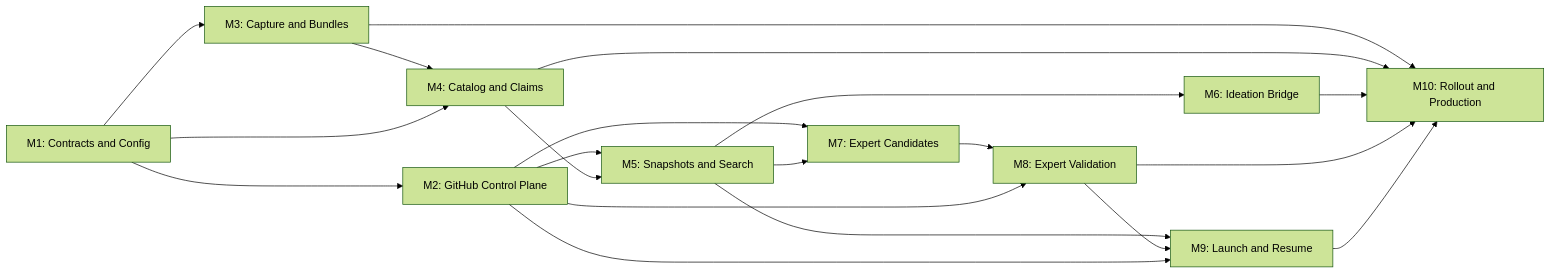
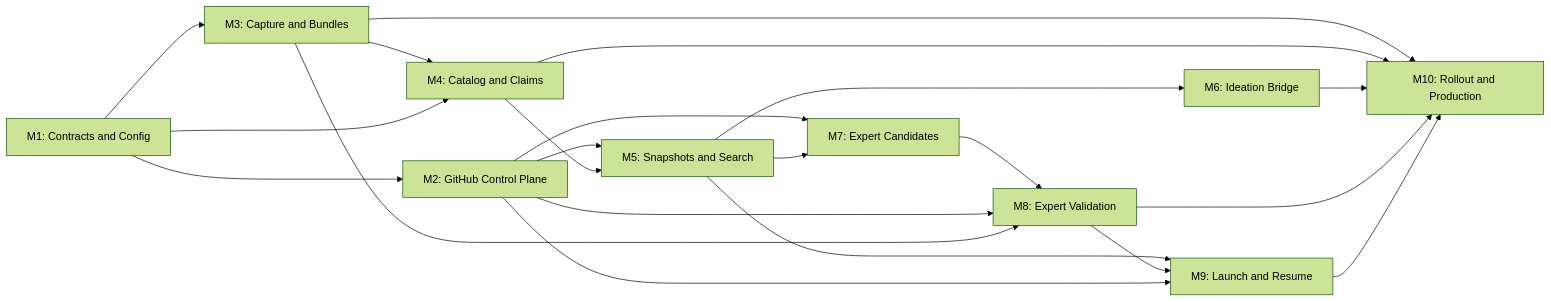
The first of 2 diagrams in docs/research/cross-run-knowledge-implementation/00-orchestrator-plan.md (Leeroo-AI/kapso), drawn with Mermaid (forest theme) before and after one commit. The commit also changed other lines of this file and 5 other files, not shown here.

````diff
--- a/docs/research/cross-run-knowledge-implementation/00-orchestrator-plan.md
+++ b/docs/research/cross-run-knowledge-implementation/00-orchestrator-plan.md
@@ -60,33 +60,34 @@
 ```mermaid
 flowchart LR
     M1["M1: Contracts and Config"]
     M2["M2: GitHub Control Plane"]
     M3["M3: Capture and Bundles"]
     M4["M4: Catalog and Claims"]
     M5["M5: Snapshots and Search"]
     M6["M6: Ideation Bridge"]
     M7["M7: Expert Candidates"]
     M8["M8: Expert Validation"]
     M9["M9: Launch and Resume"]
     M10["M10: Rollout and Production"]
 
     M1 --> M2
     M1 --> M3
     M3 --> M4
     M1 --> M4
     M2 --> M5
     M4 --> M5
     M5 --> M6
     M2 --> M7
     M5 --> M7
     M7 --> M8
     M2 --> M8
+    M3 --> M8
     M5 --> M9
     M8 --> M9
     M2 --> M9
     M3 --> M10
     M4 --> M10
     M6 --> M10
     M8 --> M10
     M9 --> M10
 ```
````
